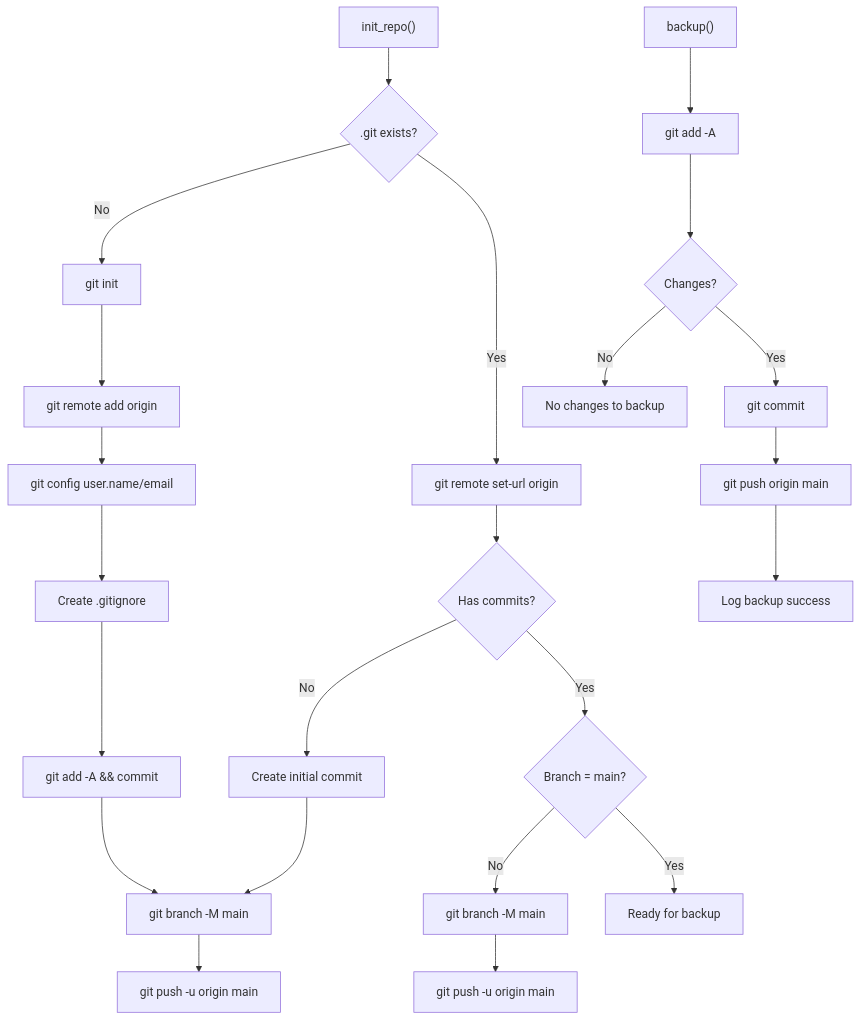
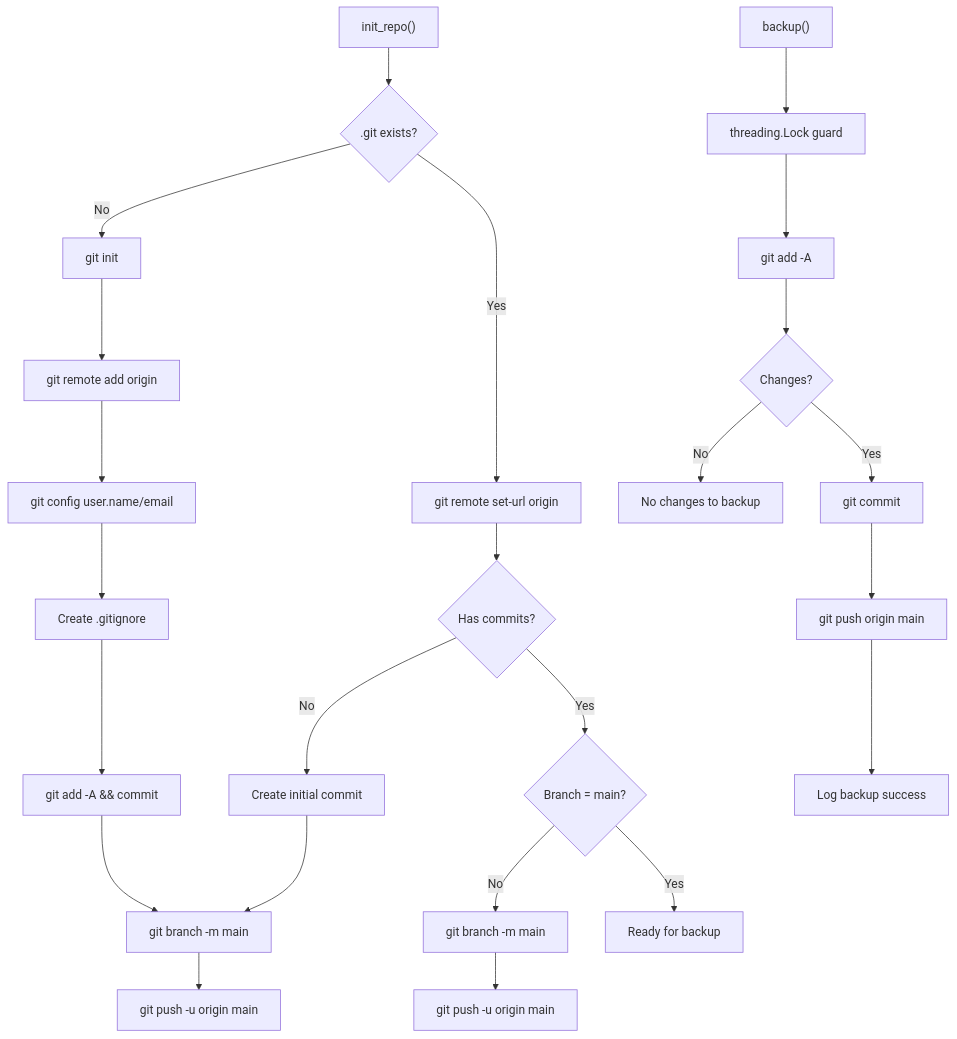
One commit to aditiya-saputra/nova changed the seventh of 11 diagrams in flowchart.md. Above: the diagram before and after it, drawn with Mermaid. The commit also changed other lines of this file and 27 other files, not shown here.

First line of the commit message:
v1.15.0: fix 20 bugs, add 12 tests, rewrite flowchart

````diff
--- a/flowchart.md
+++ b/flowchart.md
@@ -293,31 +381,32 @@
 ```mermaid
 flowchart TD
     Init["init_repo()"] --> CheckGit{".git exists?"}
-    
+
     CheckGit -->|"No"| GitInit["git init"]
     GitInit --> AddRemote["git remote add origin"]
     AddRemote --> GitConfig["git config user.name/email"]
     GitConfig --> CreateGitignore["Create .gitignore"]
     CreateGitignore --> InitialCommit["git add -A && commit"]
-    InitialCommit --> SetMain["git branch -M main"]
+    InitialCommit --> SetMain["git branch -m main"]
     SetMain --> InitialPush["git push -u origin main"]
-    
+
     CheckGit -->|"Yes"| UpdateRemote["git remote set-url origin"]
     UpdateRemote --> CheckCommits{"Has commits?"}
-    
+
     CheckCommits -->|"No"| CreateCommit["Create initial commit"]
     CreateCommit --> SetMain
     CheckCommits -->|"Yes"| CheckBranch{"Branch = main?"}
-    
-    CheckBranch -->|"No"| RenameBranch["git branch -M main"]
+
+    CheckBranch -->|"No"| RenameBranch["git branch -m main"]
     RenameBranch --> PushBranch["git push -u origin main"]
     CheckBranch -->|"Yes"| Ready["Ready for backup"]
-    
-    Backup["backup()"] --> GitAdd["git add -A"]
+
+    Backup["backup()"] --> ThreadGuard["threading.Lock guard"]
+    ThreadGuard --> GitAdd["git add -A"]
     GitAdd --> GitStatus{"Changes?"}
-    
+
     GitStatus -->|"No"| NoChange["No changes to backup"]
     GitStatus -->|"Yes"| GitCommit["git commit"]
     GitCommit --> GitPush["git push origin main"]
     GitPush --> LogSuccess["Log backup success"]
 ```
````
